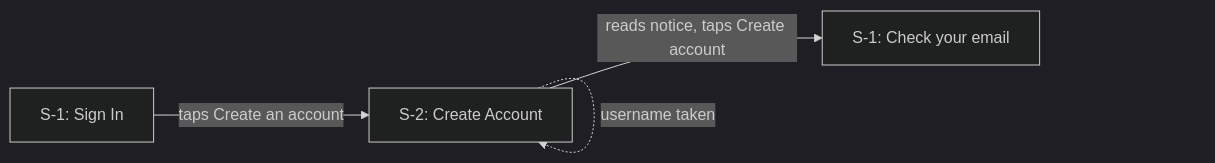
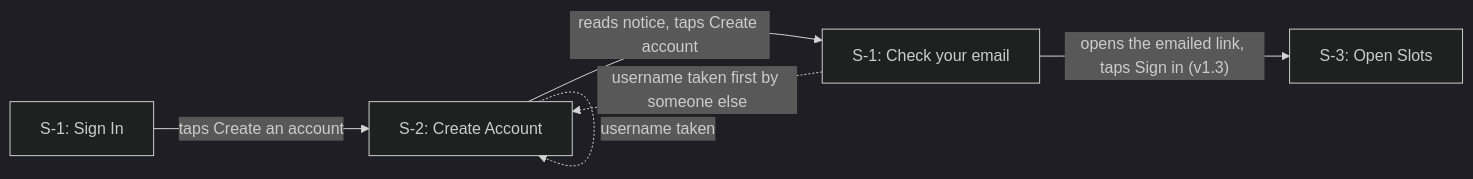
Before and after one commit to b0ts/ai_assisted_sdlc_workflow: the second of 7 diagrams in samples/BeautifulBeachParkVolunteers/docs/d05-01-ui-ux.md, drawn with Mermaid (dark theme). The commit also changed other lines of this file and 26 other files, not shown here.

````diff
--- a/samples/BeautifulBeachParkVolunteers/docs/d05-01-ui-ux.md
+++ b/samples/BeautifulBeachParkVolunteers/docs/d05-01-ui-ux.md
@@ -84,6 +84,8 @@
 ```mermaid
 flowchart LR
     S1["S-1: Sign In"] -->|"taps Create an account"| S2["S-2: Create Account"]
     S2 -->|"reads notice, taps Create account"| S1b["S-1: Check your email"]
+    S1b -->|"opens the emailed link, taps Sign in (v1.3)"| S3["S-3: Open Slots"]
     S2 -.->|"username taken"| S2
+    S1b -.->|"username taken first by someone else"| S2
 ```
````
